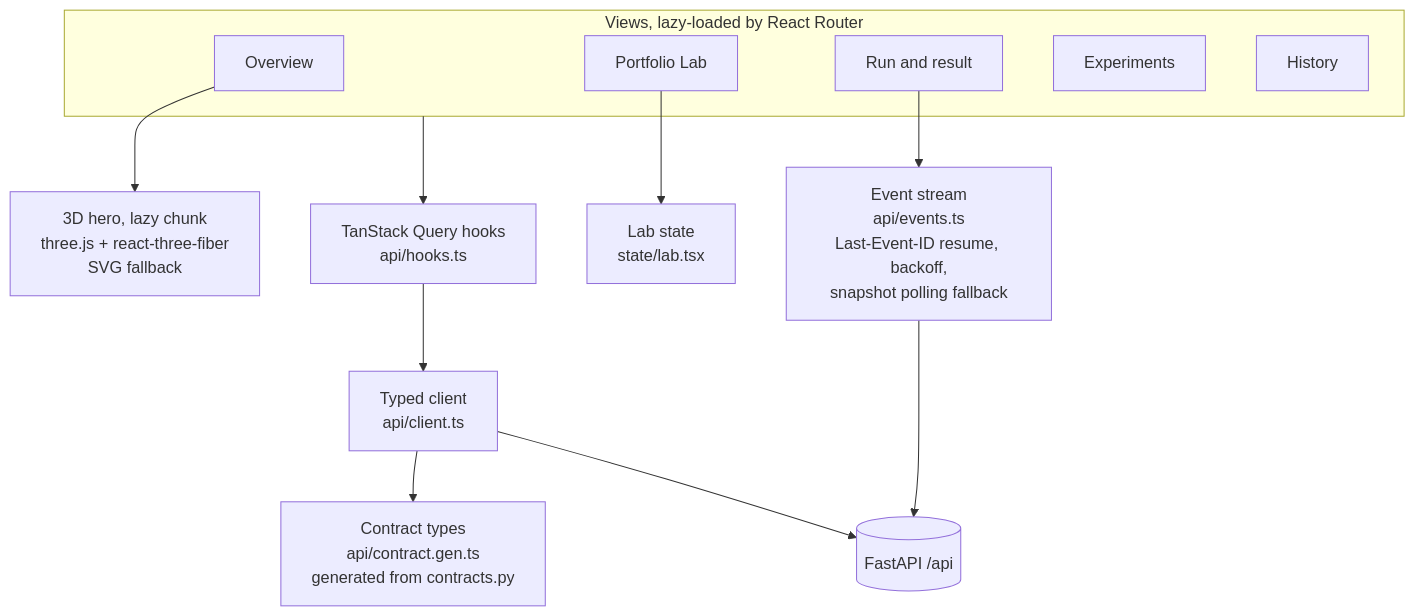
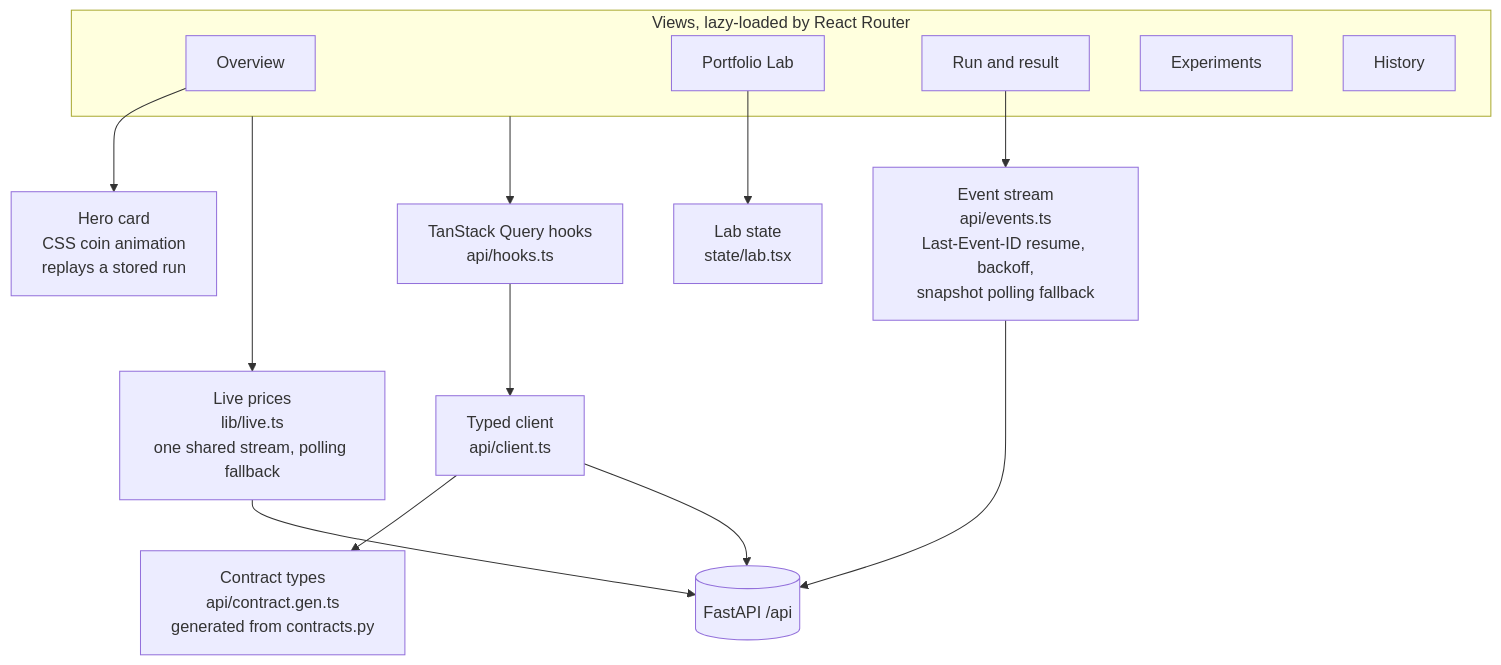
Before and after one commit to CMPN-CODECELL/Syrus7_Kryptonite: the fourth of 8 diagrams in README.md, drawn with Mermaid. The commit also changed other lines of this file and 206 other files, not shown here.

First line of the commit message:
Deploy to Firebase Hosting + Cloud Run; no-auth shared demo; UI updates

````diff
--- a/README.md
+++ b/README.md
@@ -264,26 +270,29 @@
 ```mermaid
 flowchart TD
     subgraph Views["Views, lazy-loaded by React Router"]
         OV["Overview"]
         LAB["Portfolio Lab"]
         RUN["Run and result"]
         EXP["Experiments"]
         HIS["History"]
     end
-    HERO["3D hero, lazy chunk<br/>three.js + react-three-fiber<br/>SVG fallback"]
+    HERO["Hero card<br/>CSS coin animation<br/>replays a stored run"]
+    LIVE["Live prices<br/>lib/live.ts<br/>one shared stream, polling fallback"]
     STATE["Lab state<br/>state/lab.tsx"]
     HOOKS["TanStack Query hooks<br/>api/hooks.ts"]
     CLIENT["Typed client<br/>api/client.ts"]
     TYPES["Contract types<br/>api/contract.gen.ts<br/>generated from contracts.py"]
     SSE["Event stream<br/>api/events.ts<br/>Last-Event-ID resume, backoff,<br/>snapshot polling fallback"]
     API[("FastAPI /api")]
 
     OV --> HERO
+    Views --> LIVE
+    LIVE --> API
     LAB --> STATE
     Views --> HOOKS
     HOOKS --> CLIENT
     RUN --> SSE
     CLIENT --> TYPES
     CLIENT --> API
     SSE --> API
 ```
````
